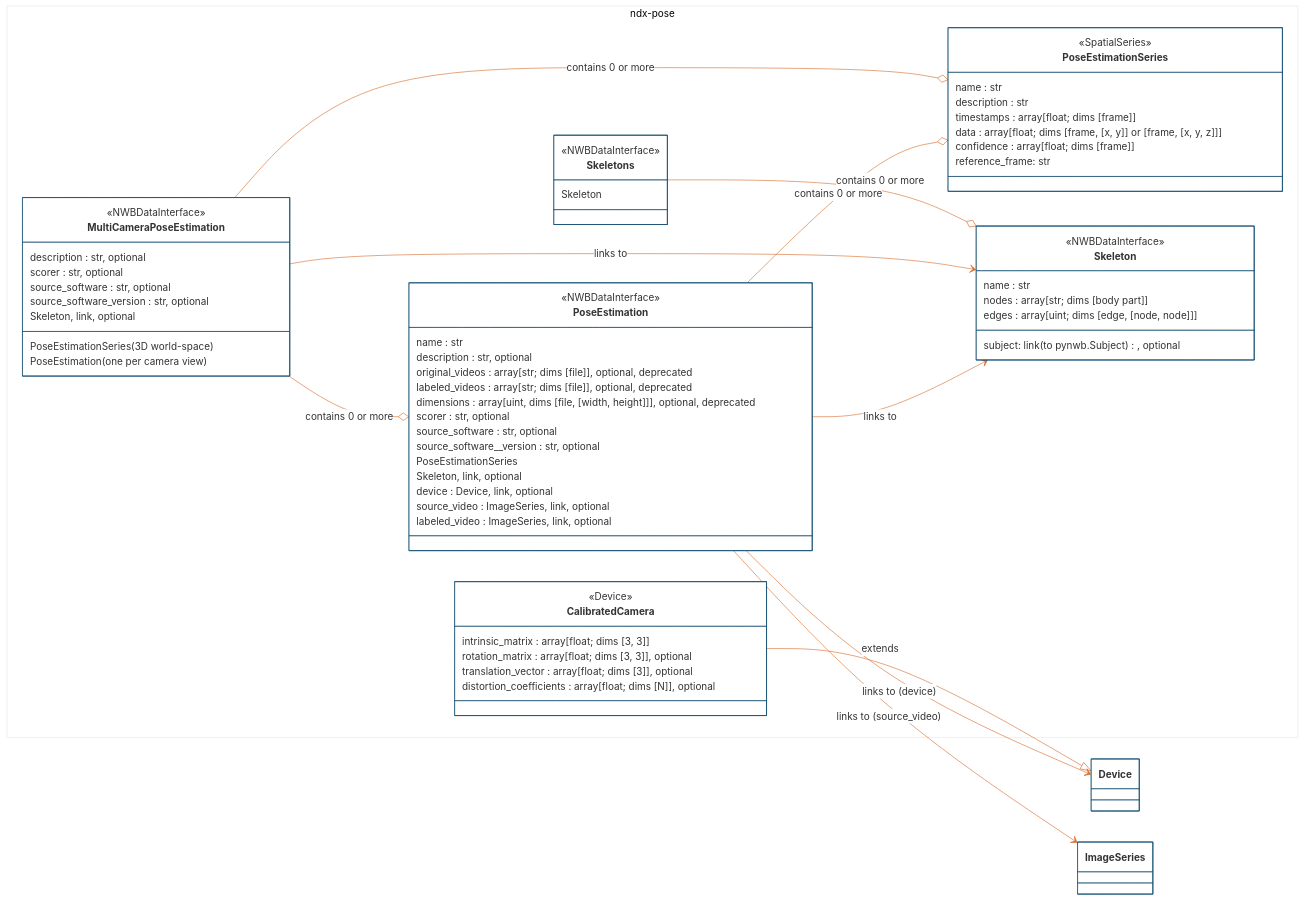
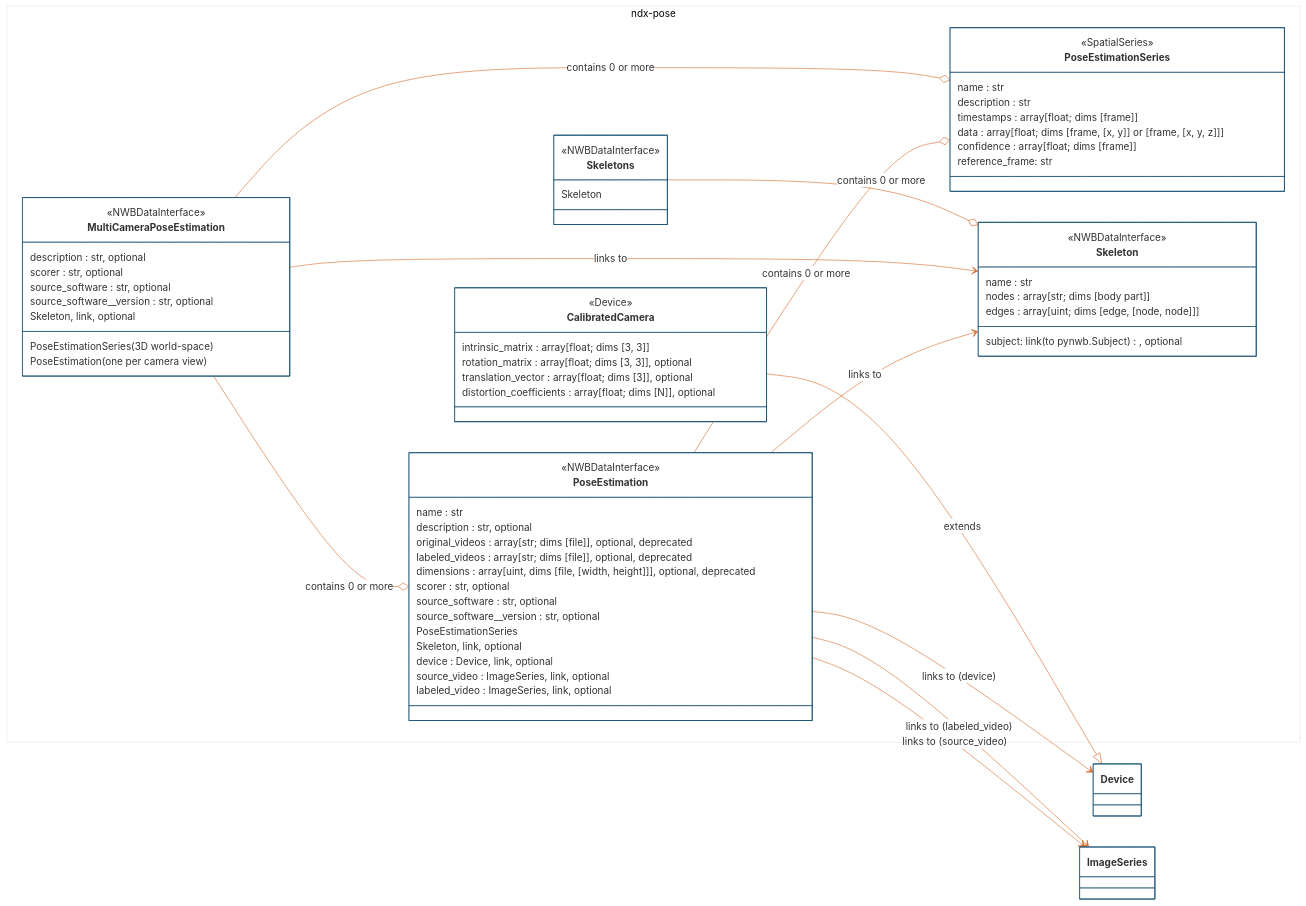
Before and after one commit to rly/ndx-pose: the first of 2 diagrams in README.md, drawn with Mermaid. The commit also changed other lines of this file and 11 other files, not shown here.

````diff
--- a/README.md
+++ b/README.md
@@ -131,5 +131,5 @@
 ```mermaid
-%%{init: {'theme': 'base', 'themeVariables': {'primaryColor': '#ffffff', "primaryBorderColor': '#144E73', 'lineColor': '#D96F32'}}}%%
+%%{init: {'theme': 'base', 'themeVariables': {'primaryColor': '#ffffff', 'primaryBorderColor': '#144E73', 'lineColor': '#D96F32'}}}%%
 
 classDiagram
     direction LR
@@ -174,7 +174,7 @@
             description : str, optional
             scorer : str, optional
             source_software : str, optional
-            source_software_version : str, optional
+            source_software__version : str, optional
             PoseEstimationSeries (3D world-space)
             PoseEstimation (one per camera view)
             Skeleton, link, optional
@@ -202,6 +202,7 @@
     PoseEstimation --> Skeleton : links to
     PoseEstimation --> Device : links to (device)
     PoseEstimation --> ImageSeries : links to (source_video)
+    PoseEstimation --> ImageSeries : links to (labeled_video)
 
     CalibratedCamera --|> Device : extends
 
````
